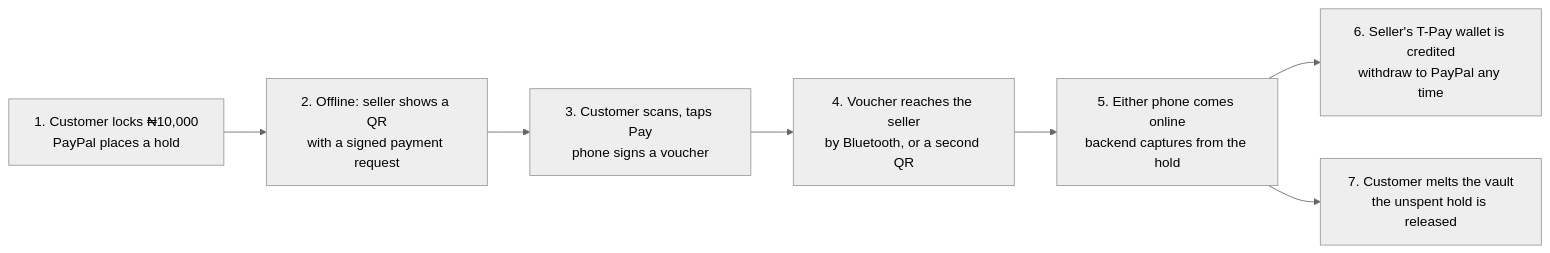
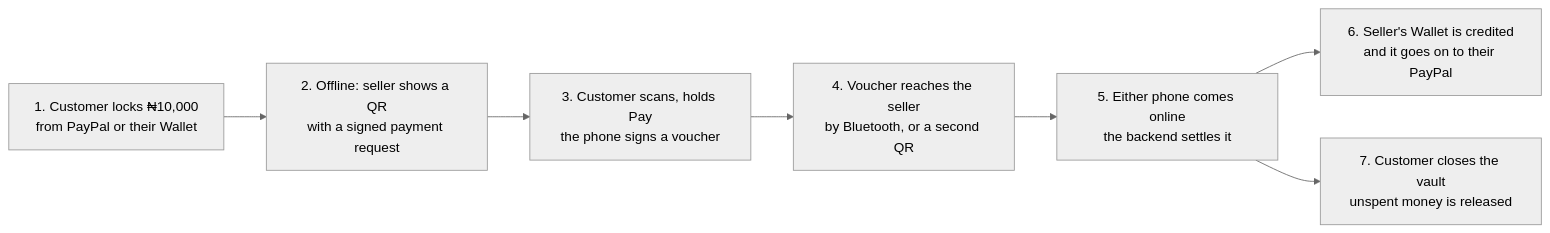
The diagram in README.md (ATA-African-Technology-Accelerator/T-Pay_Public), drawn with Mermaid (neutral theme) before and after one commit. The commit also changed other lines of this file, not shown here.

````diff
--- a/README.md
+++ b/README.md
@@ -13,9 +13,9 @@
 ```mermaid
 flowchart LR
-    A["1. Customer locks ₦10,000<br/>PayPal places a hold"] --> B["2. Offline: seller shows a QR<br/>with a signed payment request"]
-    B --> C["3. Customer scans, taps Pay<br/>phone signs a voucher"]
+    A["1. Customer locks ₦10,000<br/>from PayPal or their Wallet"] --> B["2. Offline: seller shows a QR<br/>with a signed payment request"]
+    B --> C["3. Customer scans, holds Pay<br/>the phone signs a voucher"]
     C --> D["4. Voucher reaches the seller<br/>by Bluetooth, or a second QR"]
-    D --> E["5. Either phone comes online<br/>backend captures from the hold"]
-    E --> F["6. Seller's T-Pay wallet is credited<br/>withdraw to PayPal any time"]
-    E --> G["7. Customer melts the vault<br/>the unspent hold is released"]
+    D --> E["5. Either phone comes online<br/>the backend settles it"]
+    E --> F["6. Seller's Wallet is credited<br/>and it goes on to their PayPal"]
+    E --> G["7. Customer closes the vault<br/>unspent money is released"]
 ```
````
